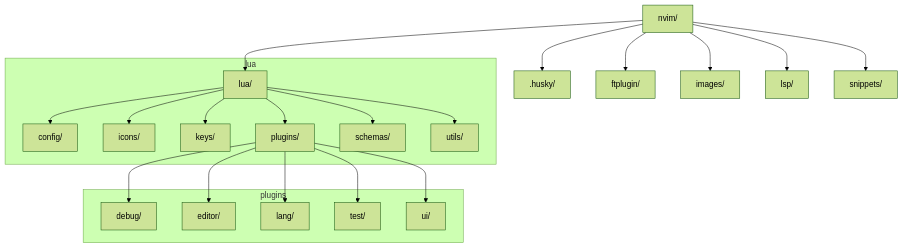
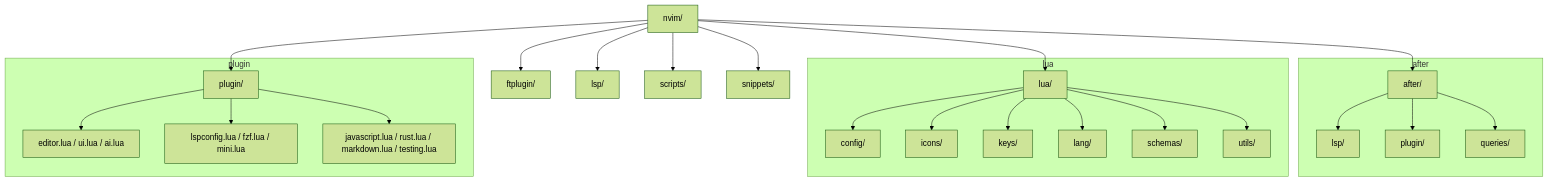
One commit to stephansama/nvim changed the diagram in README.md. Above: the diagram before and after it, drawn with Mermaid (forest theme). The commit also changed other lines of this file and 1 other file, not shown here.

Commit message:
chore: update readme and added typedoc to extra json schemas

````diff
--- a/README.md
+++ b/README.md
@@ -51,26 +55,31 @@
 ```mermaid
 graph TD
-    A["nvim/"] --> N[".husky/"];
-    A --> O["ftplugin/"];
-    A --> P["images/"];
-    A --> Q["lsp/"];
-    A --> R["lua/"];
-    A --> T["snippets/"];
+    A["nvim/"] --> B["after/"];
+    A --> C["ftplugin/"];
+    A --> D["lsp/"];
+    A --> E["lua/"];
+    A --> F["plugin/"];
+    A --> G["scripts/"];
+    A --> H["snippets/"];
+
+    subgraph after
+        B --> B1["lsp/"];
+        B --> B2["plugin/"];
+        B --> B3["queries/"];
+    end
 
     subgraph lua
-        R --> R1["config/"];
-        R --> R2["icons/"];
-        R --> R3["keys/"];
-        R --> R4["plugins/"];
-        R --> R5["schemas/"];
-        R --> R6["utils/"];
+        E --> E1["config/"];
+        E --> E2["icons/"];
+        E --> E3["keys/"];
+        E --> E4["lang/"];
+        E --> E5["schemas/"];
+        E --> E6["utils/"];
     end
 
-    subgraph plugins
-        R4 --> R4_1["debug/"];
-        R4 --> R4_2["editor/"];
-        R4 --> R4_3["lang/"];
-        R4 --> R4_4["test/"];
-        R4 --> R4_5["ui/"];
+    subgraph plugin
+        F --> F1["editor.lua / ui.lua / ai.lua"];
+        F --> F2["lspconfig.lua / fzf.lua / mini.lua"];
+        F --> F3["javascript.lua / rust.lua / markdown.lua / testing.lua"];
     end
 ```
````
